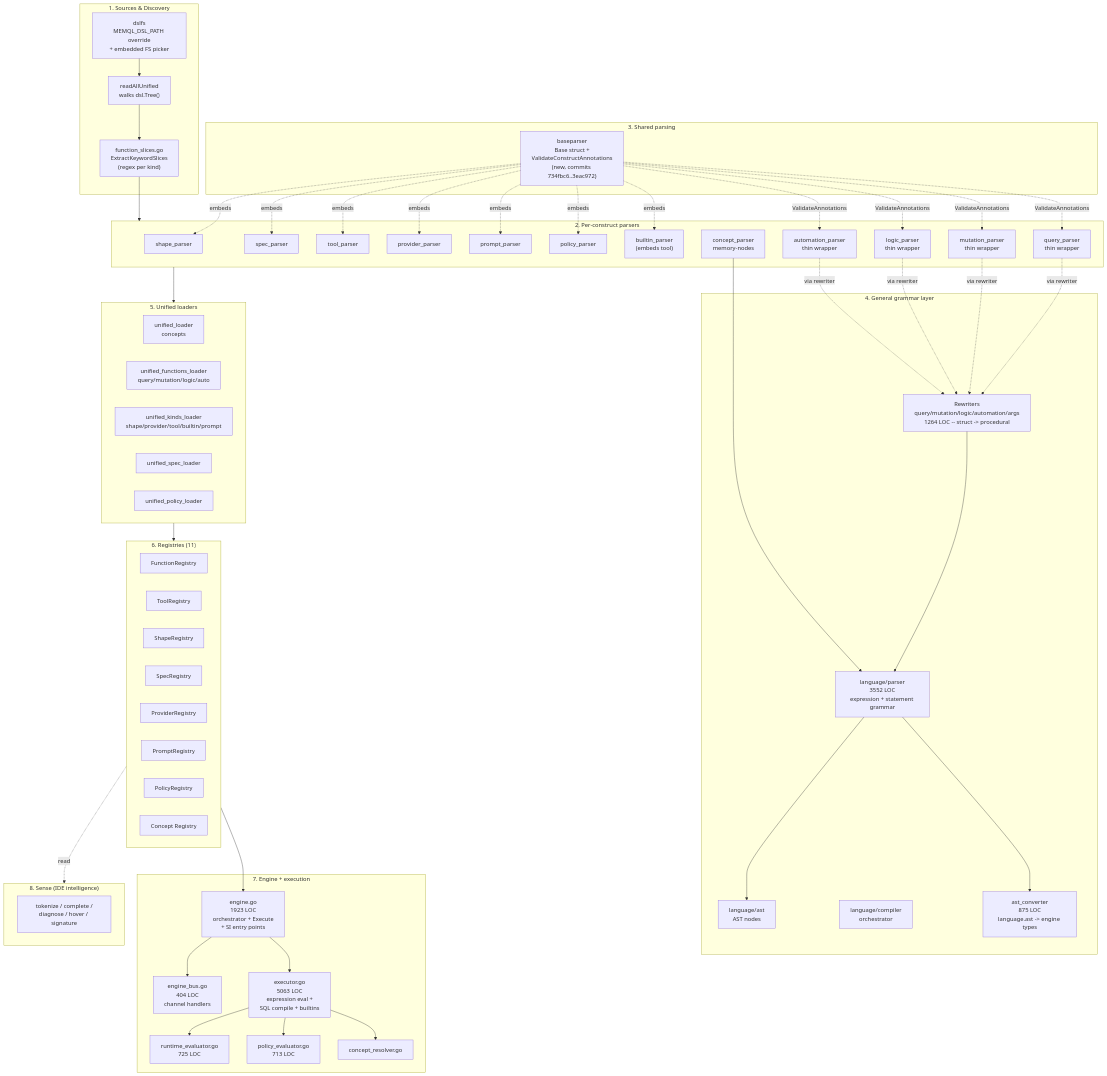
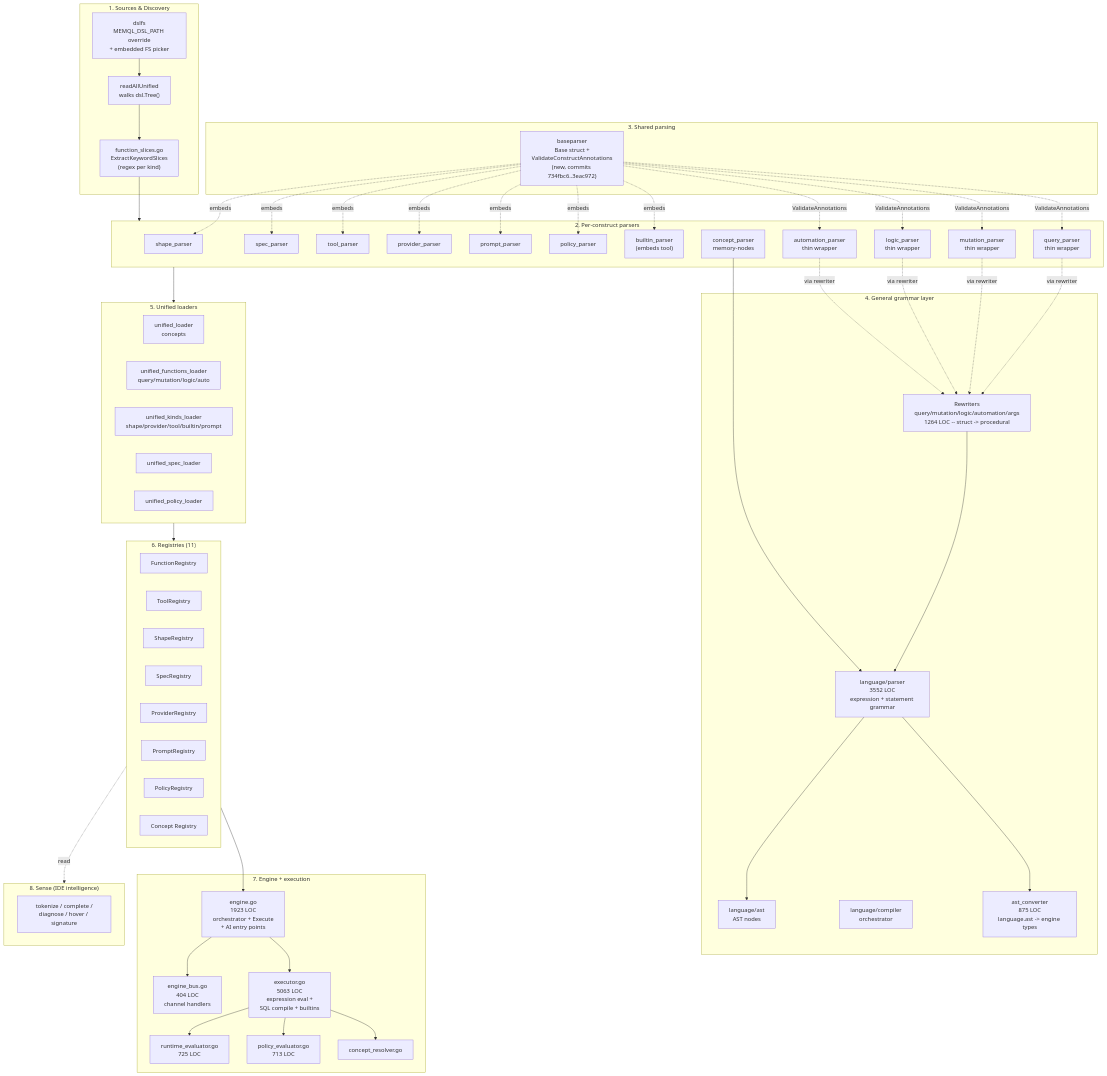
The first of 2 diagrams in docs/internal/design/dsl-engine-audit.md (znasllc-io/memql), drawn with Mermaid before and after one commit. The commit also changed other lines of this file and 189 other files, not shown here.

```diff
--- a/docs/internal/design/dsl-engine-audit.md
+++ b/docs/internal/design/dsl-engine-audit.md
@@ -80,7 +80,7 @@
     end
 
     subgraph Engine["7. Engine + execution"]
-        ENG["engine.go<br/>1923 LOC<br/>orchestrator + Execute<br/>+ SI entry points"]
+        ENG["engine.go<br/>1923 LOC<br/>orchestrator + Execute<br/>+ AI entry points"]
         EBUS["engine_bus.go<br/>404 LOC<br/>channel handlers"]
         EXEC["executor.go<br/>5063 LOC<br/>expression eval +<br/>SQL compile + builtins"]
         RUN["runtime_evaluator.go<br/>725 LOC"]
```
